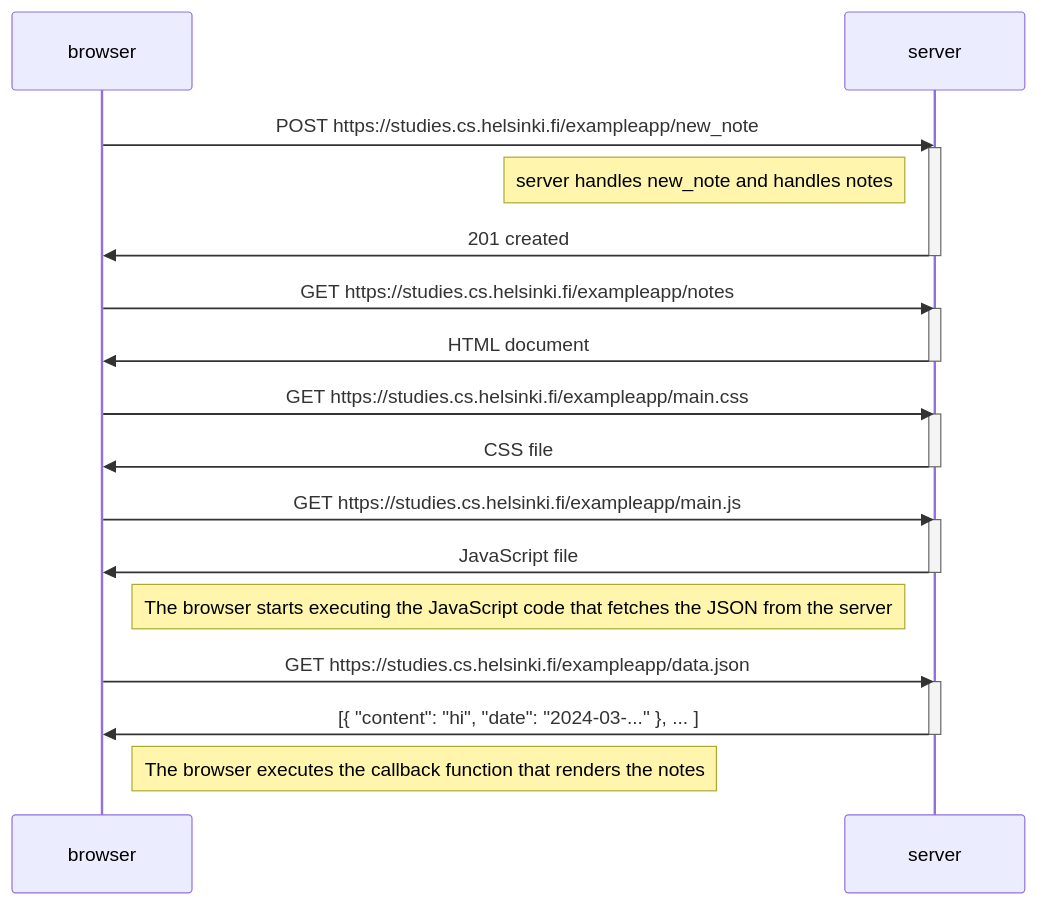
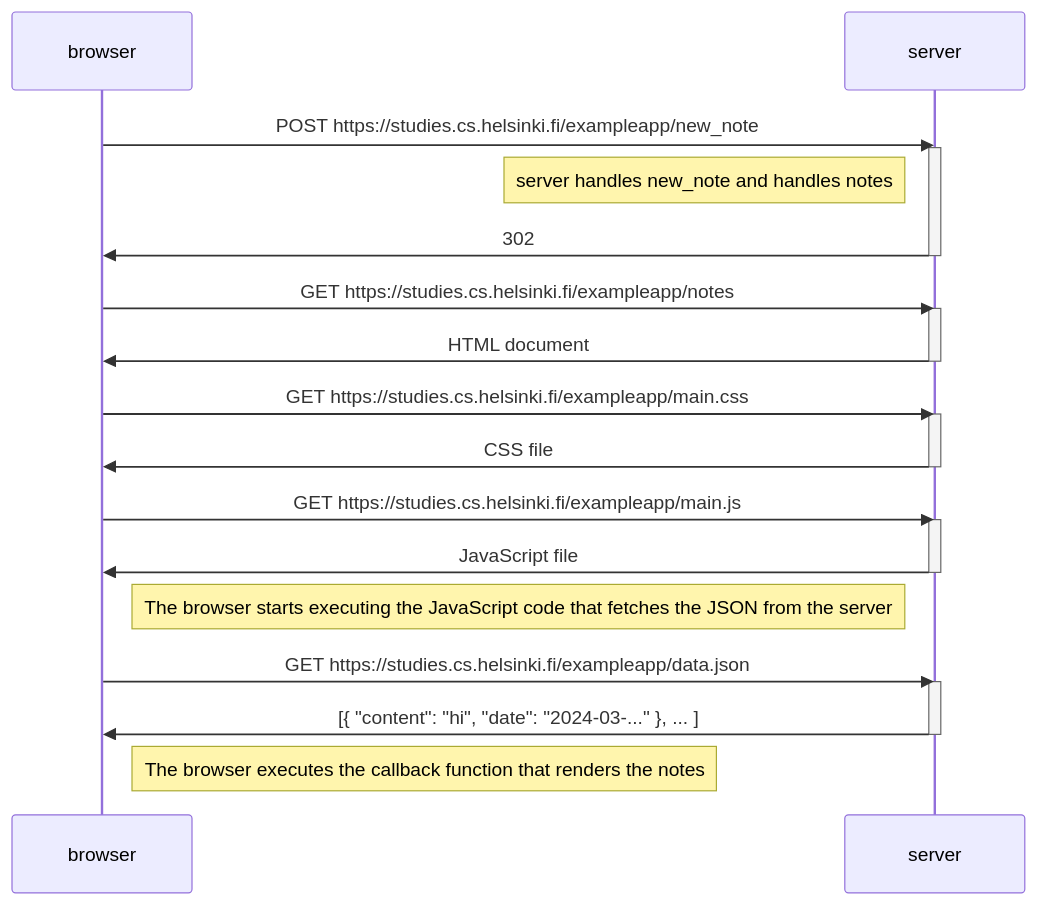
The diagram in Part0/newNote.md (J0hn3ric/FullStackOpen), drawn with Mermaid before and after one commit.

````diff
--- a/Part0/newNote.md
+++ b/Part0/newNote.md
@@ -1,36 +1,36 @@
 ```mermaid
 sequenceDiagram
 
     browser->>server: POST https://studies.cs.helsinki.fi/exampleapp/new_note;
     activate server
     Note left of server: server handles new_note and handles notes
-    server->>browser: 201 created
+    server->>browser: 302
     deactivate server
 
     browser->>server: GET https://studies.cs.helsinki.fi/exampleapp/notes
     activate server
     server->>browser: HTML document
     deactivate server
 
     browser->>server: GET https://studies.cs.helsinki.fi/exampleapp/main.css
     activate server
     server->>browser: CSS file
     deactivate server
 
     browser->>server: GET https://studies.cs.helsinki.fi/exampleapp/main.js
     activate server
     server->>browser: JavaScript file
     deactivate server
 
     Note right of browser: The browser starts executing the JavaScript code that fetches the JSON from the server
 
     browser->>server: GET https://studies.cs.helsinki.fi/exampleapp/data.json
     activate server
     server->>browser: [{ "content": "hi", "date": "2024-03-..." }, ... ]
     deactivate server
 
     Note right of browser: The browser executes the callback function that renders the notes
 
 
 
 ```
````
